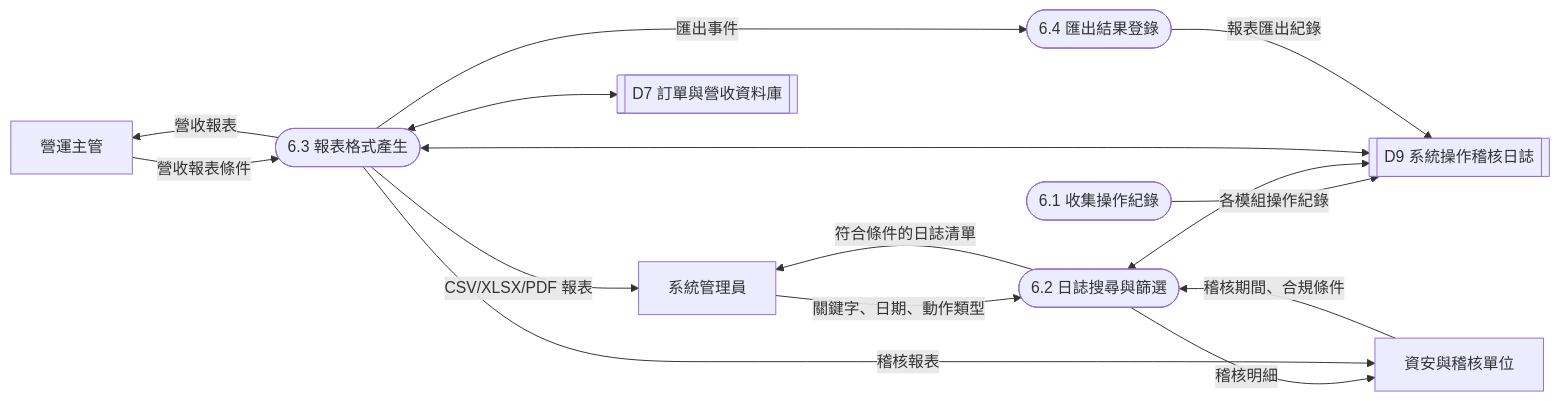
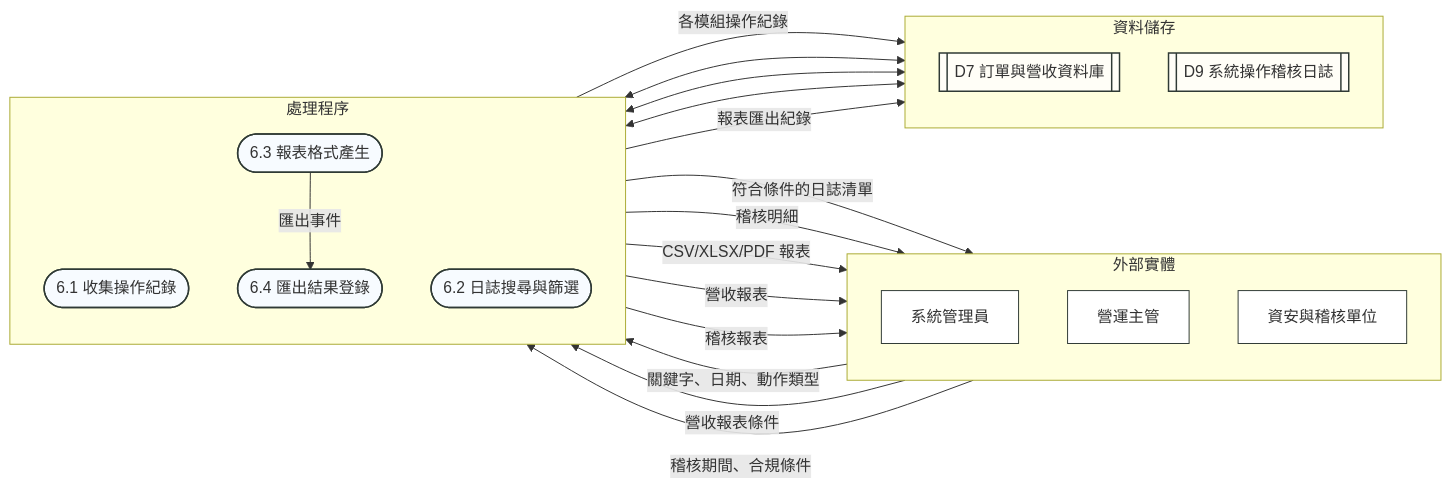
Before and after one commit to benson927/LINE_FARM: the ninth of 9 diagrams in docs/dfd-diagrams.md, drawn with Mermaid. The commit also changed other lines of this file, not shown here.

Commit message:
Improve DFD diagram layout

````diff
--- a/docs/dfd-diagrams.md
+++ b/docs/dfd-diagrams.md
@@ -367,30 +490,48 @@
 ```mermaid
 flowchart LR
-  Admin[系統管理員]
-  OpsLead[營運主管]
-  Security[資安與稽核單位]
-  P61([6.1 收集操作紀錄])
-  P62([6.2 日誌搜尋與篩選])
-  P63([6.3 報表格式產生])
-  P64([6.4 匯出結果登錄])
-  D7[[D7 訂單與營收資料庫]]
-  D9[[D9 系統操作稽核日誌]]
+  subgraph Actors[外部實體]
+    direction TB
+    Admin[系統管理員]
+    OpsLead[營運主管]
+    Security[資安與稽核單位]
+  end
+
+  subgraph Processes[處理程序]
+    direction TB
+    P61([6.1 收集操作紀錄])
+    P62([6.2 日誌搜尋與篩選])
+    P63([6.3 報表格式產生])
+    P64([6.4 匯出結果登錄])
+  end
+
+  subgraph Stores[資料儲存]
+    direction TB
+    D7[[D7 訂單與營收資料庫]]
+    D9[[D9 系統操作稽核日誌]]
+  end
 
   P61 -->|各模組操作紀錄| D9
   Admin -->|關鍵字、日期、動作類型| P62
   OpsLead -->|營收報表條件| P63
   Security -->|稽核期間、合規條件| P62
 
   P62 <--> D9
   P62 -->|符合條件的日誌清單| Admin
   P62 -->|稽核明細| Security
 
   P63 <--> D7
   P63 <--> D9
   P63 -->|CSV/XLSX/PDF 報表| Admin
   P63 -->|營收報表| OpsLead
   P63 -->|稽核報表| Security
 
   P63 -->|匯出事件| P64
   P64 -->|報表匯出紀錄| D9
+
+  classDef entity fill:#ffffff,stroke:#2f3a35,stroke-width:1px;
+  classDef process fill:#f7fbff,stroke:#2f3a35,stroke-width:1.5px;
+  classDef store fill:#fffef7,stroke:#2f3a35,stroke-width:1.5px;
+  class Admin,OpsLead,Security entity;
+  class P61,P62,P63,P64 process;
+  class D7,D9 store;
 ```
````
